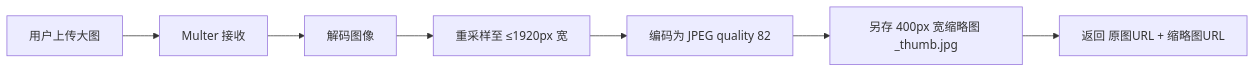
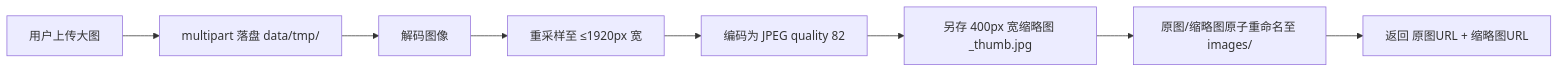
The third of 6 diagrams in docs/architecture.md (blue-cloud-net/food-log), drawn with Mermaid before and after one commit. The commit also changed other lines of this file and 3 other files, not shown here.

````diff
--- a/docs/architecture.md
+++ b/docs/architecture.md
@@ -151,9 +151,10 @@
 ```mermaid
 graph LR
-    A[用户上传大图] --> B[Multer 接收]
+    A[用户上传大图] --> B[multipart 落盘 data/tmp/]
     B --> C[解码图像]
     C --> D[重采样至 ≤1920px 宽]
     D --> E[编码为 JPEG quality 82]
     E --> F[另存 400px 宽缩略图 _thumb.jpg]
-    F --> G[返回 原图URL + 缩略图URL]
+    F --> G[原图/缩略图原子重命名至 images/]
+    G --> H[返回 原图URL + 缩略图URL]
 ```
````
